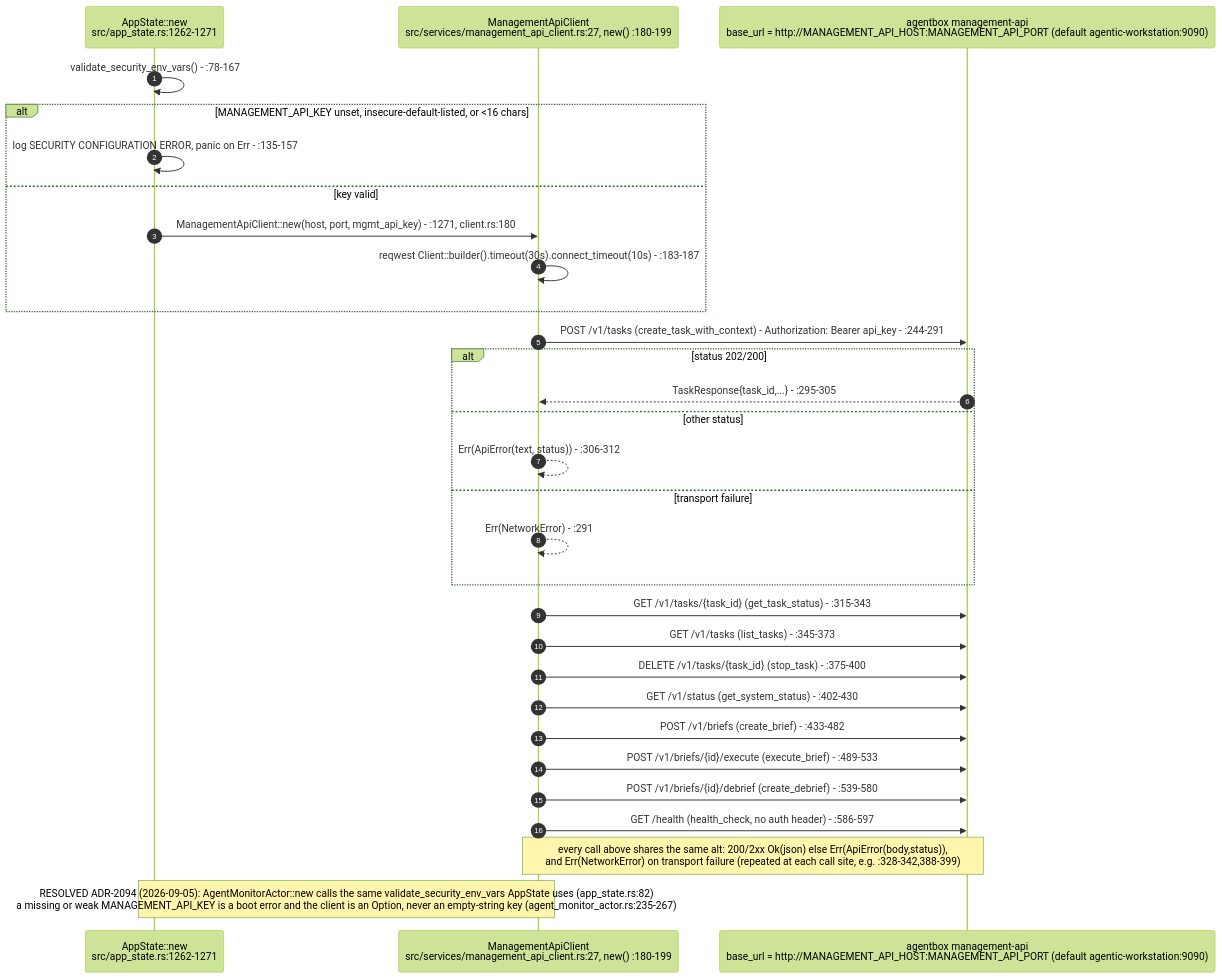
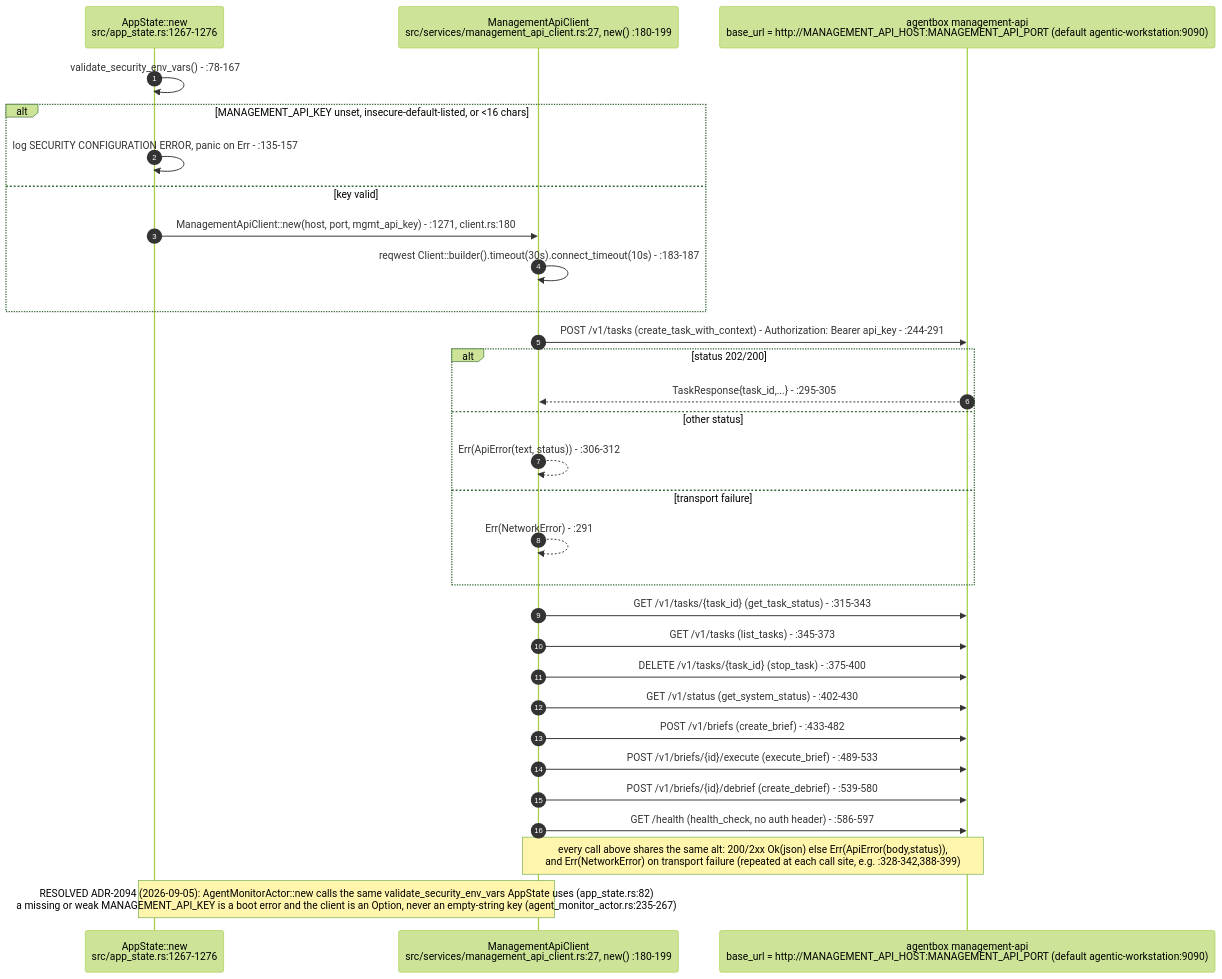
One commit to DreamLab-AI/AR-AI-Knowledge-Graph changed the ninth of 13 diagrams in docs/diagrams/visionclaw/27-agent-integration-mcp-relay.md. Above: the diagram before and after it, drawn with Mermaid (forest theme). The commit also changed other lines of this file and 73 other files, not shown here.

First line of the commit message:
docs(diagrams): re-verify all 71 topic files against HEAD; add --cite-check

````diff
--- a/docs/diagrams/visionclaw/27-agent-integration-mcp-relay.md
+++ b/docs/diagrams/visionclaw/27-agent-integration-mcp-relay.md
@@ -403,35 +403,35 @@
 ```mermaid
 sequenceDiagram
     autonumber
-    participant Boot as AppState::new<br/>src/app_state.rs:1262-1271
+    participant Boot as AppState::new<br/>src/app_state.rs:1267-1276
     participant MAC as ManagementApiClient<br/>src/services/management_api_client.rs:27, new() :180-199
     participant API as agentbox management-api<br/>base_url = http://MANAGEMENT_API_HOST:MANAGEMENT_API_PORT (default agentic-workstation:9090)
 
     Boot->>Boot: validate_security_env_vars() - :78-167
     alt MANAGEMENT_API_KEY unset, insecure-default-listed, or <16 chars
         Boot->>Boot: log SECURITY CONFIGURATION ERROR, panic on Err - :135-157
     else key valid
         Boot->>MAC: ManagementApiClient::new(host, port, mgmt_api_key) - :1271, client.rs:180
         MAC->>MAC: reqwest Client::builder().timeout(30s).connect_timeout(10s) - :183-187
     end
 
     MAC->>API: POST /v1/tasks (create_task_with_context) - Authorization: Bearer api_key - :244-291
     alt status 202/200
         API-->>MAC: TaskResponse{task_id,...} - :295-305
     else other status
         MAC-->>MAC: Err(ApiError(text, status)) - :306-312
     else transport failure
         MAC-->>MAC: Err(NetworkError) - :291
     end
 
     MAC->>API: GET /v1/tasks/{task_id} (get_task_status) - :315-343
     MAC->>API: GET /v1/tasks (list_tasks) - :345-373
     MAC->>API: DELETE /v1/tasks/{task_id} (stop_task) - :375-400
     MAC->>API: GET /v1/status (get_system_status) - :402-430
     MAC->>API: POST /v1/briefs (create_brief) - :433-482
     MAC->>API: POST /v1/briefs/{id}/execute (execute_brief) - :489-533
     MAC->>API: POST /v1/briefs/{id}/debrief (create_debrief) - :539-580
     MAC->>API: GET /health (health_check, no auth header) - :586-597
     Note over MAC,API: every call above shares the same alt: 200/2xx Ok(json) else Err(ApiError(body,status)),<br/>and Err(NetworkError) on transport failure (repeated at each call site, e.g. :328-342,388-399)
     Note over Boot,MAC: RESOLVED ADR-2094 (2026-09-05): AgentMonitorActor::new calls the same validate_security_env_vars AppState uses (app_state.rs:82)<br/>a missing or weak MANAGEMENT_API_KEY is a boot error and the client is an Option, never an empty-string key (agent_monitor_actor.rs:235-267)
 ```
````
